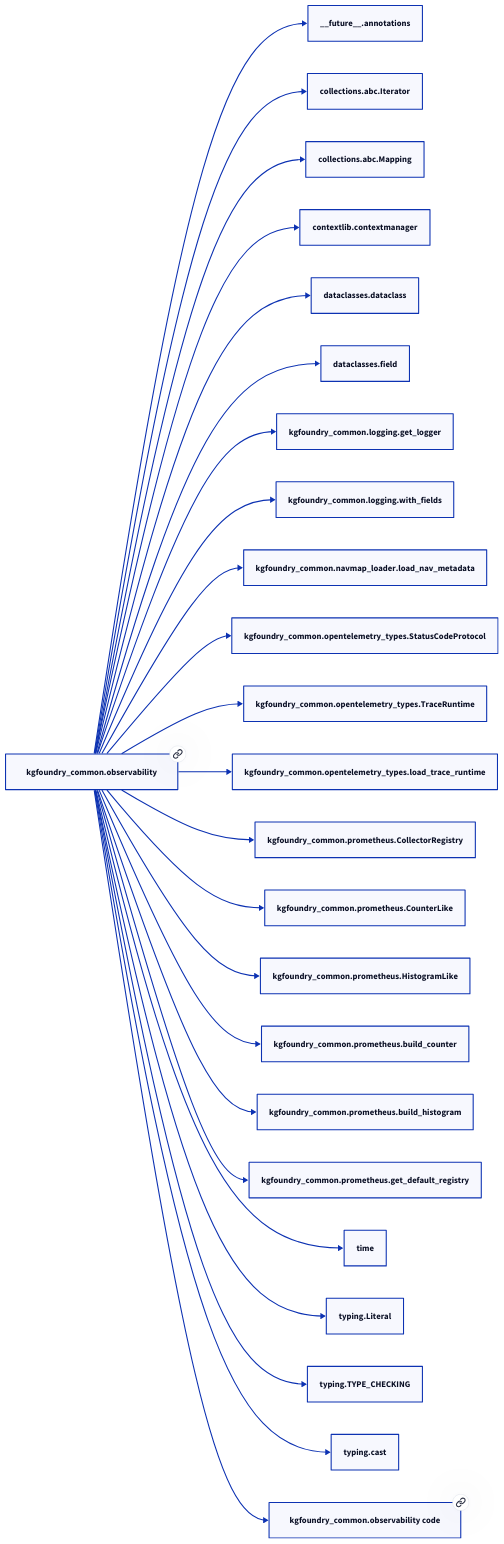
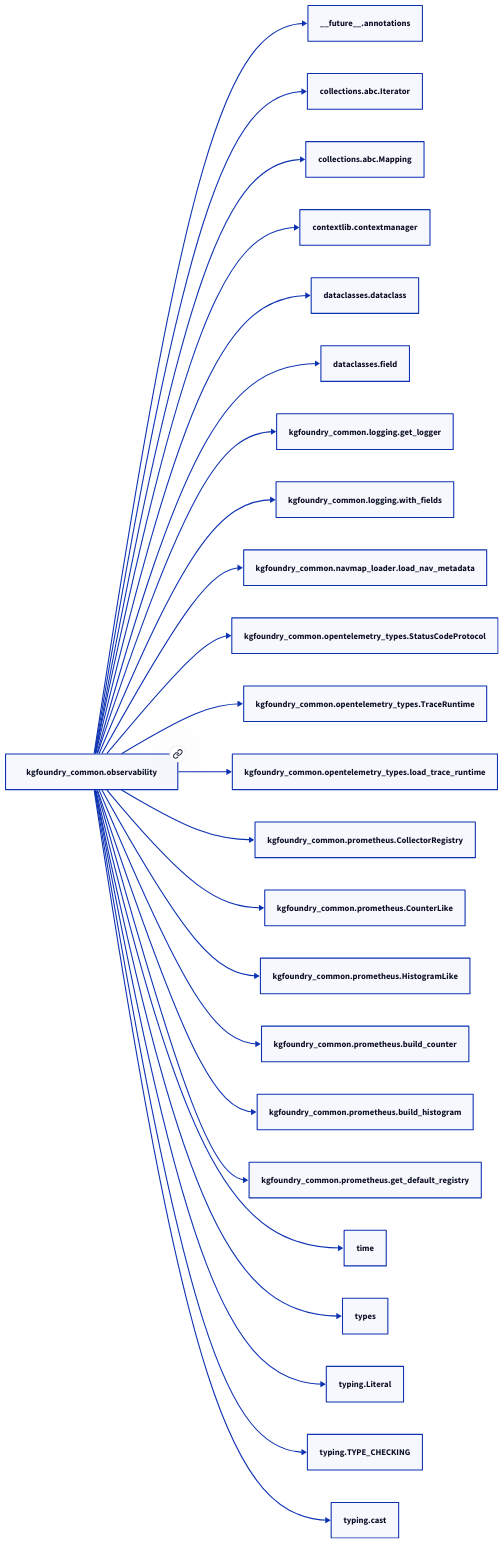
The second of 2 diagrams in docs/modules/kgfoundry_common/observability.md (paul-heyse/kgforge), drawn with D2 before and after one commit. The commit also changed other lines of this file and 118 other files, not shown here.

````diff
--- a/docs/modules/kgfoundry_common/observability.md
+++ b/docs/modules/kgfoundry_common/observability.md
@@ -74,50 +77,50 @@
 ```d2
 direction: right
-"kgfoundry_common.observability": "kgfoundry_common.observability" { link: "./kgfoundry_common/observability.md" }
+"kgfoundry_common.observability": "kgfoundry_common.observability" { link: "observability.md" }
 "__future__.annotations": "__future__.annotations"
 "kgfoundry_common.observability" -> "__future__.annotations"
 "collections.abc.Iterator": "collections.abc.Iterator"
 "kgfoundry_common.observability" -> "collections.abc.Iterator"
 "collections.abc.Mapping": "collections.abc.Mapping"
 "kgfoundry_common.observability" -> "collections.abc.Mapping"
 "contextlib.contextmanager": "contextlib.contextmanager"
 "kgfoundry_common.observability" -> "contextlib.contextmanager"
 "dataclasses.dataclass": "dataclasses.dataclass"
 "kgfoundry_common.observability" -> "dataclasses.dataclass"
 "dataclasses.field": "dataclasses.field"
 "kgfoundry_common.observability" -> "dataclasses.field"
 "kgfoundry_common.logging.get_logger": "kgfoundry_common.logging.get_logger"
 "kgfoundry_common.observability" -> "kgfoundry_common.logging.get_logger"
 "kgfoundry_common.logging.with_fields": "kgfoundry_common.logging.with_fields"
 "kgfoundry_common.observability" -> "kgfoundry_common.logging.with_fields"
 "kgfoundry_common.navmap_loader.load_nav_metadata": "kgfoundry_common.navmap_loader.load_nav_metadata"
 "kgfoundry_common.observability" -> "kgfoundry_common.navmap_loader.load_nav_metadata"
 "kgfoundry_common.opentelemetry_types.StatusCodeProtocol": "kgfoundry_common.opentelemetry_types.StatusCodeProtocol"
 "kgfoundry_common.observability" -> "kgfoundry_common.opentelemetry_types.StatusCodeProtocol"
 "kgfoundry_common.opentelemetry_types.TraceRuntime": "kgfoundry_common.opentelemetry_types.TraceRuntime"
 "kgfoundry_common.observability" -> "kgfoundry_common.opentelemetry_types.TraceRuntime"
 "kgfoundry_common.opentelemetry_types.load_trace_runtime": "kgfoundry_common.opentelemetry_types.load_trace_runtime"
 "kgfoundry_common.observability" -> "kgfoundry_common.opentelemetry_types.load_trace_runtime"
 "kgfoundry_common.prometheus.CollectorRegistry": "kgfoundry_common.prometheus.CollectorRegistry"
 "kgfoundry_common.observability" -> "kgfoundry_common.prometheus.CollectorRegistry"
 "kgfoundry_common.prometheus.CounterLike": "kgfoundry_common.prometheus.CounterLike"
 "kgfoundry_common.observability" -> "kgfoundry_common.prometheus.CounterLike"
 "kgfoundry_common.prometheus.HistogramLike": "kgfoundry_common.prometheus.HistogramLike"
 "kgfoundry_common.observability" -> "kgfoundry_common.prometheus.HistogramLike"
 "kgfoundry_common.prometheus.build_counter": "kgfoundry_common.prometheus.build_counter"
 "kgfoundry_common.observability" -> "kgfoundry_common.prometheus.build_counter"
 "kgfoundry_common.prometheus.build_histogram": "kgfoundry_common.prometheus.build_histogram"
 "kgfoundry_common.observability" -> "kgfoundry_common.prometheus.build_histogram"
 "kgfoundry_common.prometheus.get_default_registry": "kgfoundry_common.prometheus.get_default_registry"
 "kgfoundry_common.observability" -> "kgfoundry_common.prometheus.get_default_registry"
 "time": "time"
 "kgfoundry_common.observability" -> "time"
+"types": "types"
+"kgfoundry_common.observability" -> "types"
 "typing.Literal": "typing.Literal"
 "kgfoundry_common.observability" -> "typing.Literal"
 "typing.TYPE_CHECKING": "typing.TYPE_CHECKING"
 "kgfoundry_common.observability" -> "typing.TYPE_CHECKING"
 "typing.cast": "typing.cast"
 "kgfoundry_common.observability" -> "typing.cast"
-"kgfoundry_common.observability_code": "kgfoundry_common.observability code" { link: "https://github.com/kgfoundry/kgfoundry/blob/main/src/kgfoundry_common/observability.py" }
-"kgfoundry_common.observability" -> "kgfoundry_common.observability_code" { style: dashed }
 ```
````
